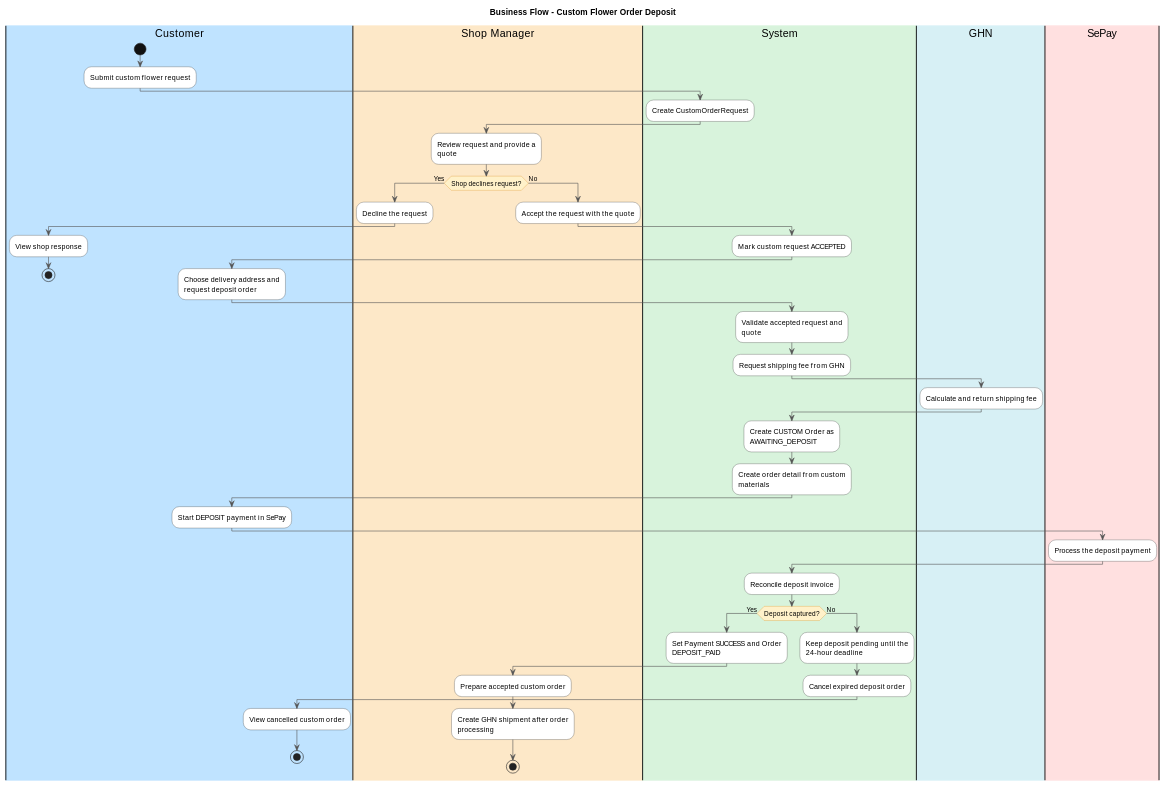
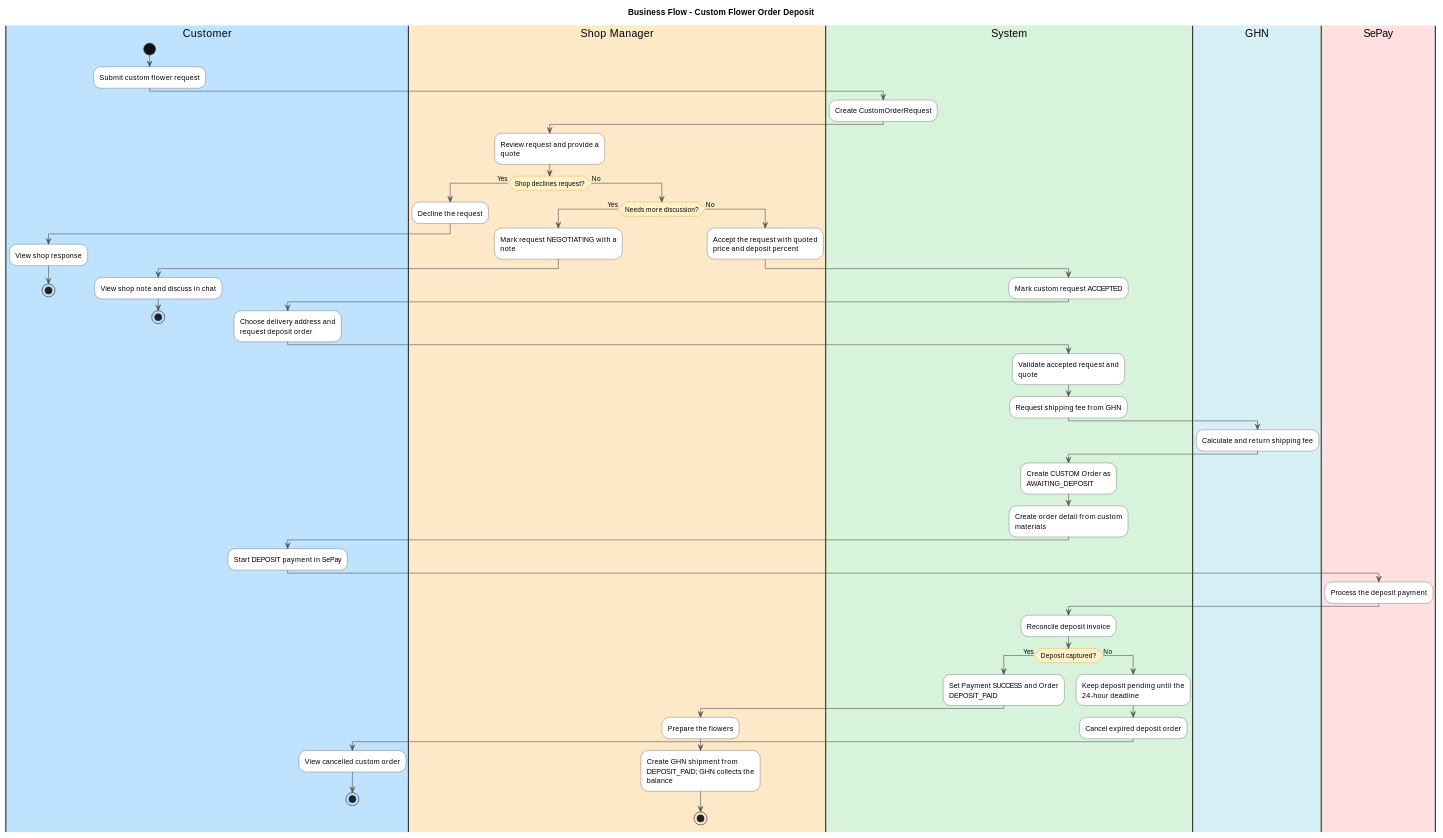
One commit to duckpao/FlowerShop_SWP391 changed the fourth of 8 diagrams in SWIMLANES.md. Above: the diagram before and after it, drawn with PlantUML. The commit also changed other lines of this file and 356 other files, not shown here.

````diff
--- a/SWIMLANES.md
+++ b/SWIMLANES.md
@@ -230,71 +247,79 @@
 ```plantuml
 @startuml
 title Business Flow - Custom Flower Order Deposit
 skinparam shadowing false
 skinparam defaultFontName Arial
 skinparam wrapWidth 200
 skinparam ArrowColor #555555
 skinparam activity {
   BackgroundColor #FFFFFF
   BorderColor #333333
   DiamondBackgroundColor #FFF1C9
   DiamondBorderColor #D88916
   StartColor #111111
   EndColor #111111
 }
 
 |#BFE3FF|Customer|
 |#FDE8C8|Shop Manager|
 |#D8F3DC|System|
 |#D7F0F5|GHN|
 |#FFE0E0|SePay|
 |Customer|
 start
 :Submit custom flower request;
 |System|
 :Create CustomOrderRequest;
 |Shop Manager|
 :Review request and provide a quote;
 if (Shop declines request?) then (Yes)
   :Decline the request;
   |Customer|
   :View shop response;
   stop
 else (No)
   |Shop Manager|
-  :Accept the request with the quote;
+  if (Needs more discussion?) then (Yes)
+    :Mark request NEGOTIATING with a note;
+    |Customer|
+    :View shop note and discuss in chat;
+    stop
+  else (No)
+  |Shop Manager|
+  :Accept the request with quoted price and deposit percent;
   |System|
   :Mark custom request ACCEPTED;
   |Customer|
   :Choose delivery address and request deposit order;
   |System|
   :Validate accepted request and quote;
   :Request shipping fee from GHN;
   |GHN|
   :Calculate and return shipping fee;
   |System|
   :Create CUSTOM Order as AWAITING_DEPOSIT;
   :Create order detail from custom materials;
   |Customer|
   :Start DEPOSIT payment in SePay;
   |SePay|
   :Process the deposit payment;
   |System|
   :Reconcile deposit invoice;
   if (Deposit captured?) then (Yes)
     :Set Payment SUCCESS and Order DEPOSIT_PAID;
     |Shop Manager|
-    :Prepare accepted custom order;
-    :Create GHN shipment after order processing;
+    :Prepare the flowers;
+    :Create GHN shipment from DEPOSIT_PAID; GHN collects the balance;
     stop
   else (No)
     |System|
     :Keep deposit pending until the 24-hour deadline;
     :Cancel expired deposit order;
     |Customer|
     :View cancelled custom order;
     stop
   endif
+  endif
 endif
 @enduml
 ```
````
